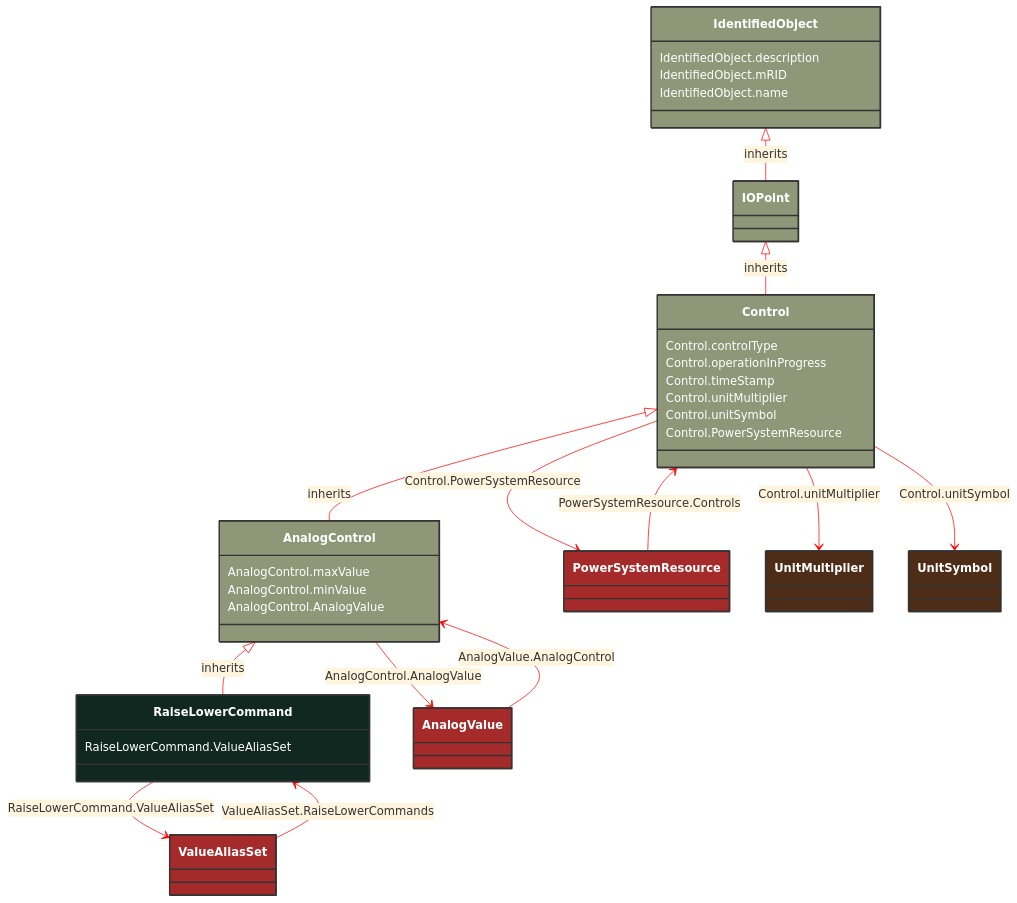
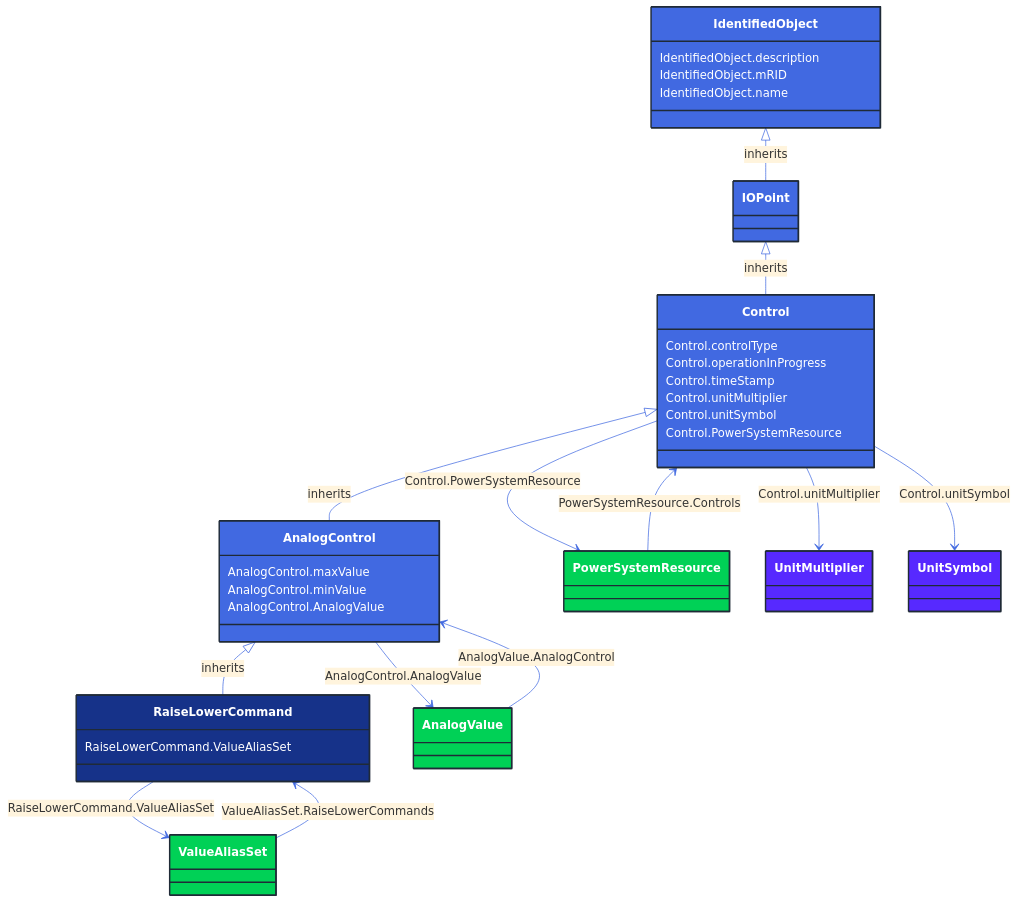
Before and after one commit to 3lbits/NoCIMExtensions: the diagram in docs/Models/Profiles/Operation/ConcreteClasses/RaiseLowerCommand.md, drawn with Mermaid. The commit also changed 362 other files, not shown here.

First line of the commit message:
Update diagrams and styles for improved visual consistency

````diff
--- a/docs/Models/Profiles/Operation/ConcreteClasses/RaiseLowerCommand.md
+++ b/docs/Models/Profiles/Operation/ConcreteClasses/RaiseLowerCommand.md
@@ -8,82 +8,82 @@
 ```mermaid
-%%{init: {'theme':'base','themeVariables': {'lineColor': '#FF0000'}}}%%
+%%{init: {'theme':'base','themeVariables': {'lineColor': '#4169E1'}}}%%
 classDiagram
     class RaiseLowerCommand
     click RaiseLowerCommand href "/Models/Profiles/Operation/ConcreteClasses/RaiseLowerCommand/"
-    style RaiseLowerCommand fill:#102820,stroke:#333,stroke-width:2px,rx:10,ry:10,color:white
+    style RaiseLowerCommand fill:#163289,stroke:#1F2A37,stroke-width:2px,rx:10,ry:10,color:white
      
         AnalogControl <|-- RaiseLowerCommand : inherits
             click AnalogControl href "/Models/Profiles/Operation/AbstractClasses/AnalogControl/"
-            style AnalogControl fill:#8F9779,stroke:#333,stroke-width:2px,rx:10,ry:10,color:white
+            style AnalogControl fill:#4169E1,stroke:#1F2A37,stroke-width:2px,rx:10,ry:10,color:white
      
         Control <|-- AnalogControl : inherits
             click Control href "/Models/Profiles/Operation/AbstractClasses/Control/"
-            style Control fill:#8F9779,stroke:#333,stroke-width:2px,rx:10,ry:10,color:white
+            style Control fill:#4169E1,stroke:#1F2A37,stroke-width:2px,rx:10,ry:10,color:white
      
         IOPoint <|-- Control : inherits
             click IOPoint href "/Models/Profiles/Operation/AbstractClasses/IOPoint/"
-            style IOPoint fill:#8F9779,stroke:#333,stroke-width:2px,rx:10,ry:10,color:white
+            style IOPoint fill:#4169E1,stroke:#1F2A37,stroke-width:2px,rx:10,ry:10,color:white
      
         IdentifiedObject <|-- IOPoint : inherits
             click IdentifiedObject href "/Models/Profiles/Operation/AbstractClasses/IdentifiedObject/"
-            style IdentifiedObject fill:#8F9779,stroke:#333,stroke-width:2px,rx:10,ry:10,color:white
+            style IdentifiedObject fill:#4169E1,stroke:#1F2A37,stroke-width:2px,rx:10,ry:10,color:white
 
         RaiseLowerCommand --> ValueAliasSet : RaiseLowerCommand.ValueAliasSet
 
         ValueAliasSet
             click ValueAliasSet href "/Models/Profiles/Operation/ConcreteClasses/ValueAliasSet/"
-            style ValueAliasSet fill:#A52A2A,stroke:#333,stroke-width:2px,rx:10,ry:10,color:white
+            style ValueAliasSet fill:#00D156,stroke:#1F2A37,stroke-width:2px,rx:10,ry:10,color:white
         AnalogControl --> AnalogValue : AnalogControl.AnalogValue
 
         AnalogValue
             click AnalogValue href "/Models/Profiles/Operation/ConcreteClasses/AnalogValue/"
-            style AnalogValue fill:#A52A2A,stroke:#333,stroke-width:2px,rx:10,ry:10,color:white
+            style AnalogValue fill:#00D156,stroke:#1F2A37,stroke-width:2px,rx:10,ry:10,color:white
         Control --> PowerSystemResource : Control.PowerSystemResource
 
         PowerSystemResource
             click PowerSystemResource href "/Models/Profiles/Operation/AbstractClasses/PowerSystemResource/"
-            style PowerSystemResource fill:#A52A2A,stroke:#333,stroke-width:2px,rx:10,ry:10,color:white
+            style PowerSystemResource fill:#00D156,stroke:#1F2A37,stroke-width:2px,rx:10,ry:10,color:white
 
         AnalogValue --> AnalogControl : AnalogValue.AnalogControl
 
         AnalogValue
             click AnalogValue href "/Models/Profiles/Operation/ConcreteClasses/AnalogValue/"
-            style AnalogValue fill:#A52A2A,stroke:#333,stroke-width:2px,rx:10,ry:10,color:white
+            style AnalogValue fill:#00D156,stroke:#1F2A37,stroke-width:2px,rx:10,ry:10,color:white
 
         PowerSystemResource --> Control : PowerSystemResource.Controls
 
         PowerSystemResource
             click PowerSystemResource href "/Models/Profiles/Operation/AbstractClasses/PowerSystemResource/"
-            style PowerSystemResource fill:#A52A2A,stroke:#333,stroke-width:2px,rx:10,ry:10,color:white
+            style PowerSystemResource fill:#00D156,stroke:#1F2A37,stroke-width:2px,rx:10,ry:10,color:white
 
         ValueAliasSet --> RaiseLowerCommand : ValueAliasSet.RaiseLowerCommands
 
         ValueAliasSet
             click ValueAliasSet href "/Models/Profiles/Operation/ConcreteClasses/ValueAliasSet/"
-            style ValueAliasSet fill:#A52A2A,stroke:#333,stroke-width:2px,rx:10,ry:10,color:white
+            style ValueAliasSet fill:#00D156,stroke:#1F2A37,stroke-width:2px,rx:10,ry:10,color:white
 
         Control --> UnitMultiplier : Control.unitMultiplier
 
         UnitMultiplier
             click UnitMultiplier href "/Models/Profiles/Operation/Enumerations/UnitMultiplier/"
-            style UnitMultiplier fill:#4D2D18,stroke:#333,stroke-width:2px,rx:10,ry:10,color:white
+            style UnitMultiplier fill:#5729FF,stroke:#1F2A37,stroke-width:2px,rx:10,ry:10,color:white
         Control --> UnitSymbol : Control.unitSymbol
 
         UnitSymbol
             click UnitSymbol href "/Models/Profiles/Operation/Enumerations/UnitSymbol/"
-            style UnitSymbol fill:#4D2D18,stroke:#333,stroke-width:2px,rx:10,ry:10,color:white
+            style UnitSymbol fill:#5729FF,stroke:#1F2A37,stroke-width:2px,rx:10,ry:10,color:white
 
         RaiseLowerCommand : RaiseLowerCommand.ValueAliasSet
         AnalogControl : AnalogControl.maxValue
         AnalogControl : AnalogControl.minValue
         AnalogControl : AnalogControl.AnalogValue
         Control : Control.controlType
         Control : Control.operationInProgress
         Control : Control.timeStamp
         Control : Control.unitMultiplier
         Control : Control.unitSymbol
         Control : Control.PowerSystemResource
         IdentifiedObject : IdentifiedObject.description
         IdentifiedObject : IdentifiedObject.mRID
         IdentifiedObject : IdentifiedObject.name
 ```
````
